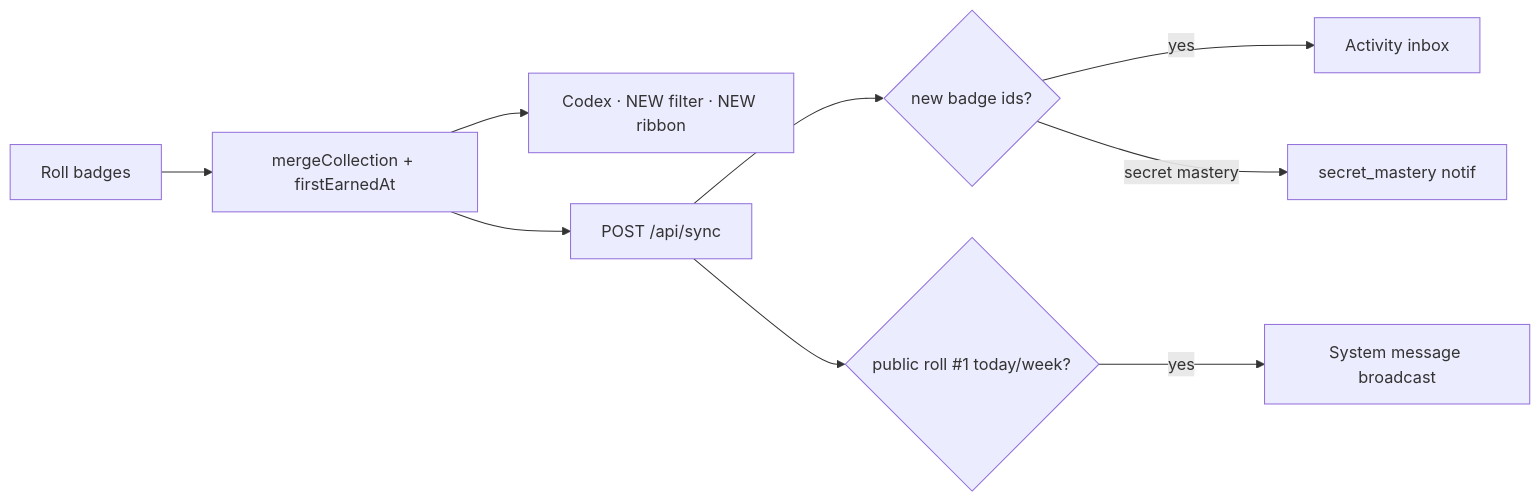
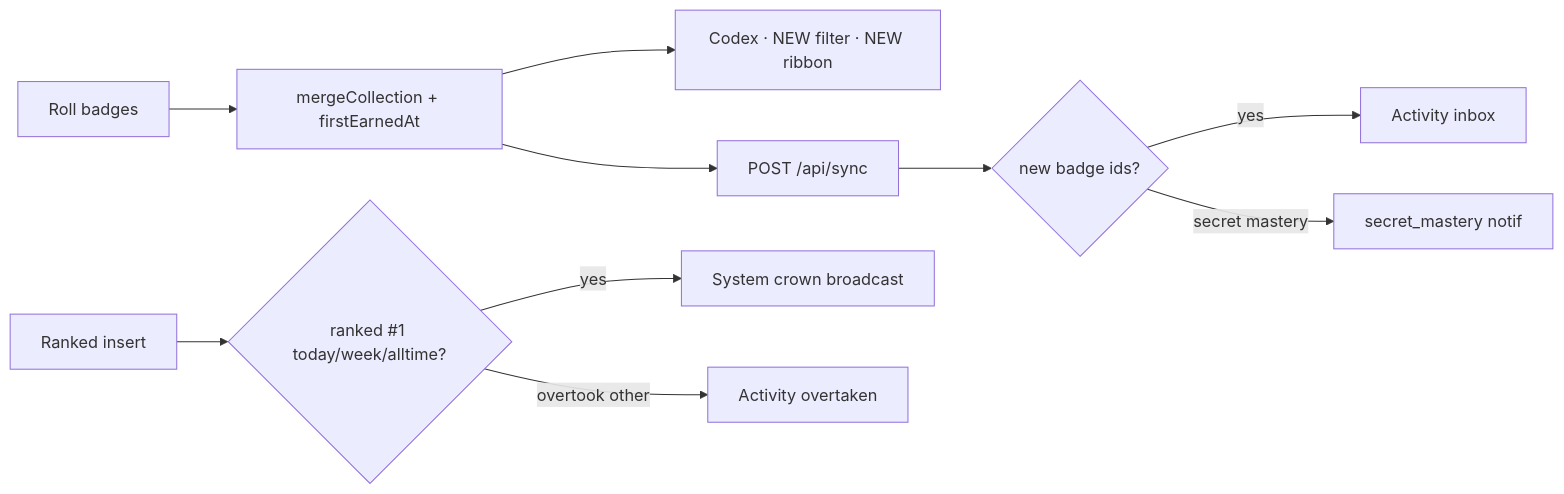
Before and after one commit to jondmarien/rngdle-unlocked: the fifth of 6 diagrams in docs/ARCHITECTURE.md, drawn with Mermaid. The commit also changed other lines of this file and 7 other files, not shown here.

````diff
--- a/docs/ARCHITECTURE.md
+++ b/docs/ARCHITECTURE.md
@@ -59,11 +111,12 @@
 ```mermaid
 flowchart LR
   Roll[Roll badges] --> Merge[mergeCollection + firstEarnedAt]
   Merge --> Local[Codex · NEW filter · NEW ribbon]
   Merge --> Sync[POST /api/sync]
   Sync --> Diff{new badge ids?}
   Diff -->|yes| Act[Activity inbox]
   Diff -->|secret mastery| Sec[secret_mastery notif]
-  Sync --> Crown{public roll #1 today/week?}
-  Crown -->|yes| Sys[System message broadcast]
+  RankedIns[Ranked insert] --> Crown{ranked #1 today/week/alltime?}
+  Crown -->|yes| Sys[System crown broadcast]
+  Crown -->|overtook other| Over[Activity overtaken]
 ```
````
